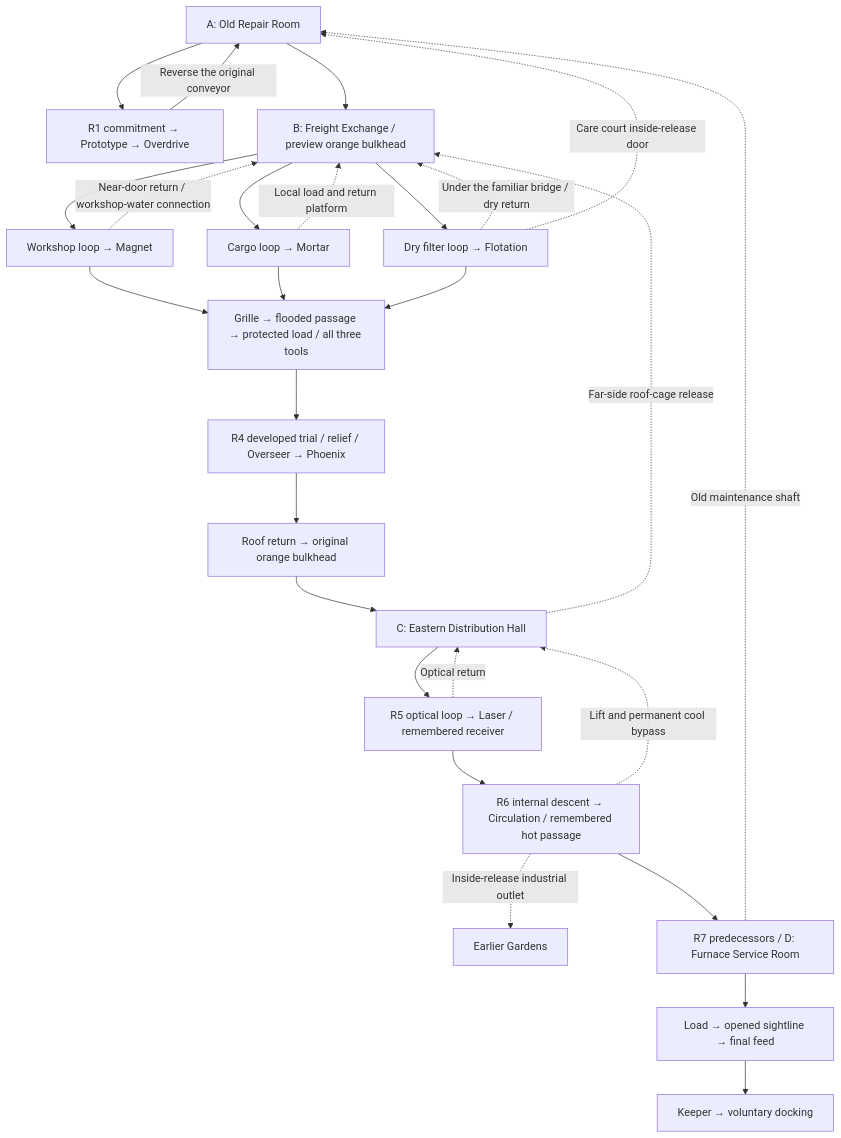
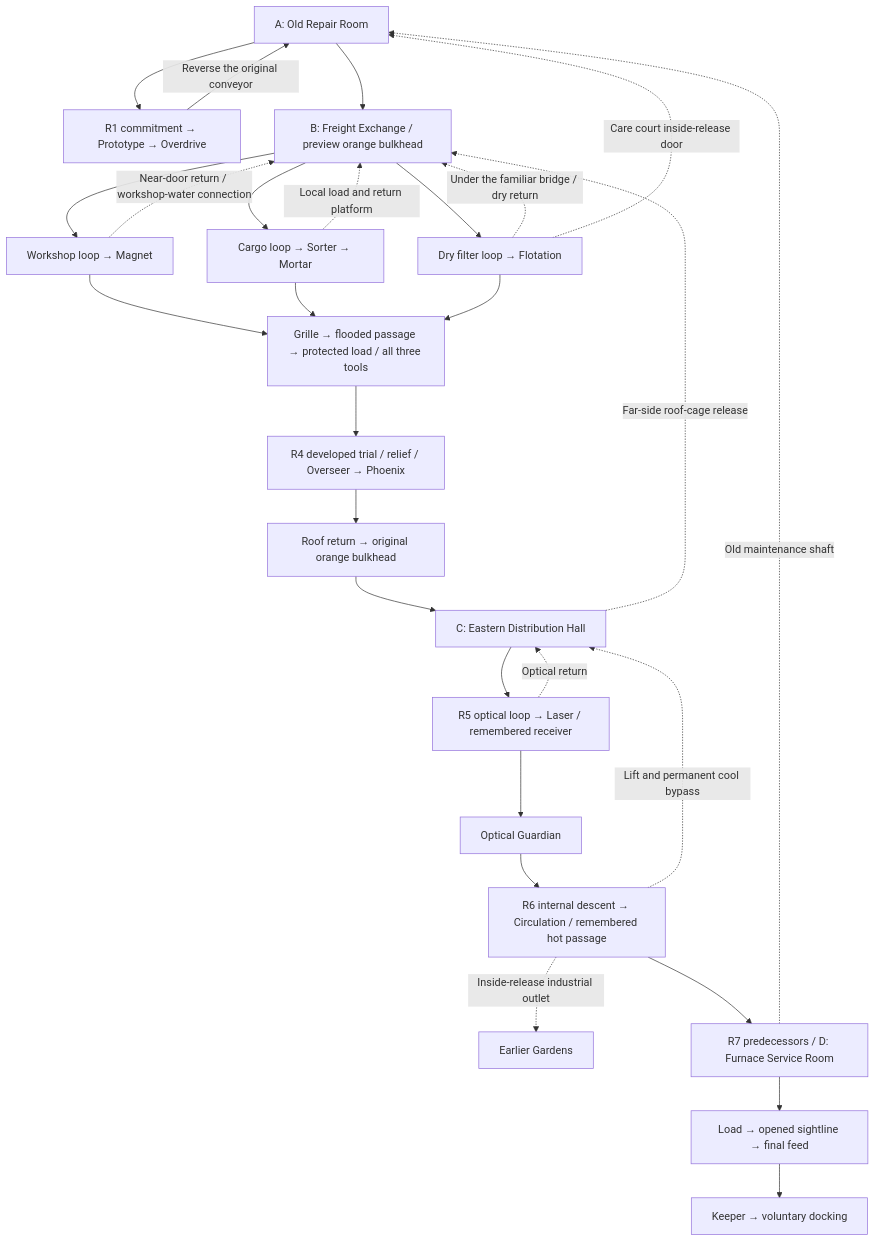
The first of 2 diagrams in Gamespec.md (Milky2018/tankle-adventure-astra), drawn with Mermaid before and after one commit. The commit also changed other lines of this file and 39 other files, not shown here.

````diff
--- a/Gamespec.md
+++ b/Gamespec.md
@@ -369,29 +369,30 @@
 ```mermaid
 flowchart TD
     A["A: Old Repair Room"] --> F["R1 commitment → Prototype → Overdrive"]
     F -->|"Reverse the original conveyor"| A
     A --> B["B: Freight Exchange / preview orange bulkhead"]
     B --> M["Workshop loop → Magnet"]
-    B --> O["Cargo loop → Mortar"]
+    B --> O["Cargo loop → Sorter → Mortar"]
     B --> W["Dry filter loop → Flotation"]
     M -.->|"Near-door return / workshop-water connection"| B
     O -.->|"Local load and return platform"| B
     W -.->|"Under the familiar bridge / dry return"| B
     W -.->|"Care court inside-release door"| A
     M --> X["Grille → flooded passage → protected load / all three tools"]
     O --> X
     W --> X
     X --> T["R4 developed trial / relief / Overseer → Phoenix"]
     T --> R["Roof return → original orange bulkhead"]
     R --> C["C: Eastern Distribution Hall"]
     C -.->|"Far-side roof-cage release"| B
     C --> L["R5 optical loop → Laser / remembered receiver"]
-    L --> H["R6 internal descent → Circulation / remembered hot passage"]
+    L --> OG["Optical Guardian"]
+    OG --> H["R6 internal descent → Circulation / remembered hot passage"]
     L -.->|"Optical return"| C
     H -.->|"Lift and permanent cool bypass"| C
     H -.->|"Inside-release industrial outlet"| G["Earlier Gardens"]
     H --> D["R7 predecessors / D: Furnace Service Room"]
     D -.->|"Old maintenance shaft"| A
     D --> FEED["Load → opened sightline → final feed"]
     FEED --> K["Keeper → voluntary docking"]
 ```
````
